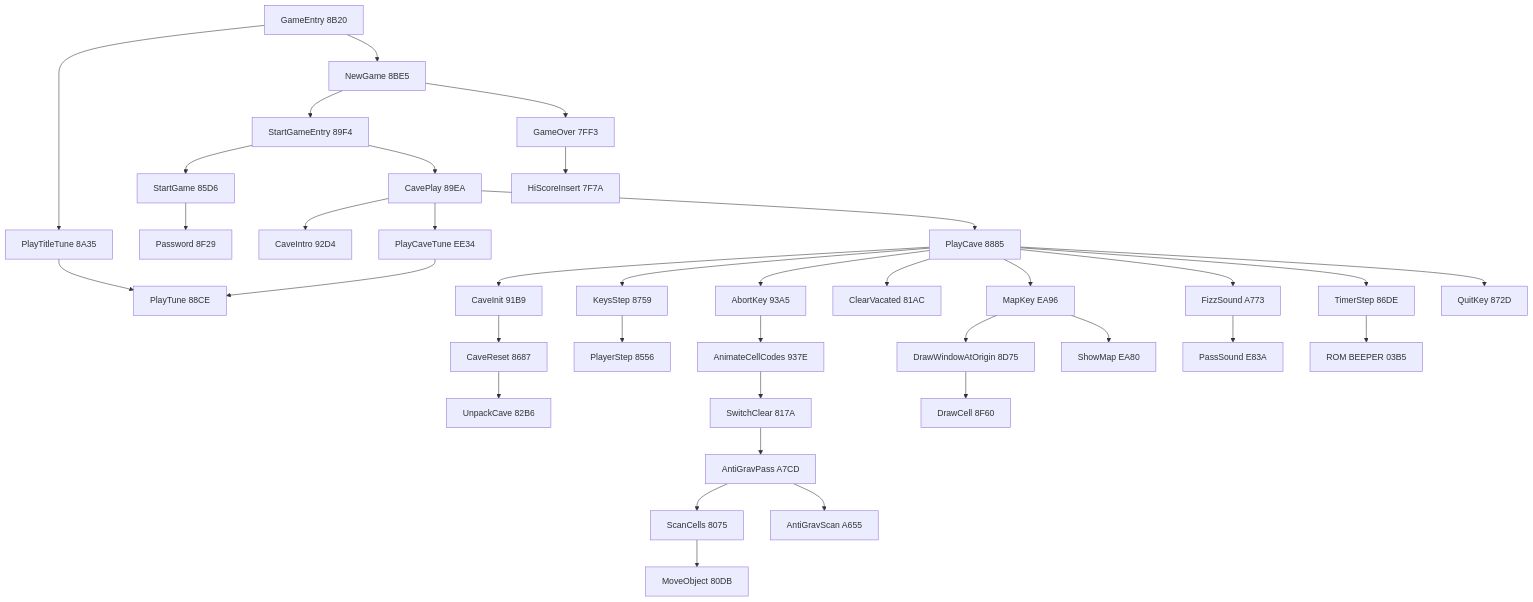
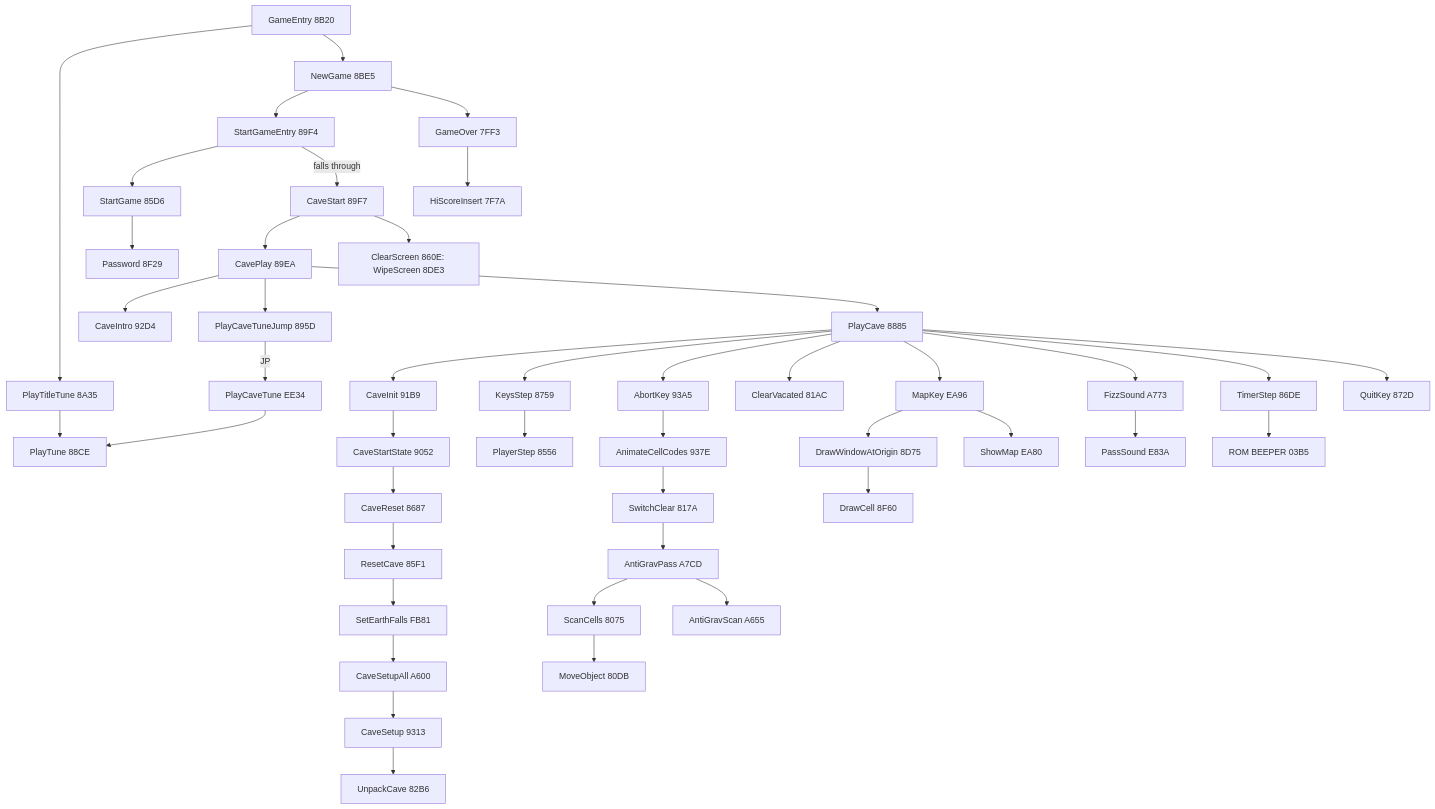
Before and after one commit to alfishe/unrealng-reverse-cases: the second of 3 diagrams in games/earth-shaker/docs/02-architecture.md, drawn with Mermaid. The commit also changed other lines of this file and 52 other files, not shown here.

Commit message:
Earth Shaker: review round 1 fixes (jelly bean, stack depth, menu flow, DigInPlace sound, teleport-599 bug, witness counts recounted, bright quarters)

````diff
--- a/games/earth-shaker/docs/02-architecture.md
+++ b/games/earth-shaker/docs/02-architecture.md
@@ -193,22 +196,25 @@
 ```mermaid
 flowchart TD
     GE["GameEntry 8B20"] --> PTT["PlayTitleTune 8A35"] --> PT["PlayTune 88CE"]
     GE --> NG["NewGame 8BE5"]
     NG --> SGE["StartGameEntry 89F4"] --> SG["StartGame 85D6"] --> PW["Password 8F29"]
-    SGE --> CPL["CavePlay 89EA"]
+    SGE -- "falls through" --> CS["CaveStart 89F7"] --> CPL["CavePlay 89EA"]
+    CS --> CLS["ClearScreen 860E: WipeScreen 8DE3"]
     CPL --> CI["CaveIntro 92D4"]
-    CPL --> PCT["PlayCaveTune EE34"] --> PT
+    CPL --> PCJ["PlayCaveTuneJump 895D"] -- "JP" --> PCT["PlayCaveTune EE34"] --> PT
     CPL --> PC["PlayCave 8885"]
-    PC --> CINIT["CaveInit 91B9"] --> CR["CaveReset 8687"] --> UC["UnpackCave 82B6"]
+    PC --> CINIT["CaveInit 91B9"] --> CSS["CaveStartState 9052"] --> CR["CaveReset 8687"]
+    CR --> RC["ResetCave 85F1"] --> SEF["SetEarthFalls FB81"] --> CSA["CaveSetupAll A600"]
+    CSA --> CSU["CaveSetup 9313"] --> UC["UnpackCave 82B6"]
     PC --> KS["KeysStep 8759"] --> PS["PlayerStep 8556"]
     PC --> AK["AbortKey 93A5"] --> ACC["AnimateCellCodes 937E"] --> SWC["SwitchClear 817A"] --> AGP["AntiGravPass A7CD"]
     AGP --> SC["ScanCells 8075"] --> MO["MoveObject 80DB"]
     AGP --> AGS["AntiGravScan A655"]
     PC --> CV["ClearVacated 81AC"]
     PC --> MK["MapKey EA96"] --> DW["DrawWindowAtOrigin 8D75"] --> DC["DrawCell 8F60"]
     MK --> SM["ShowMap EA80"]
     PC --> FZ["FizzSound A773"] --> PSD["PassSound E83A"]
     PC --> TS["TimerStep 86DE"] --> BEEP["ROM BEEPER 03B5"]
     PC --> QK["QuitKey 872D"]
     NG --> GO["GameOver 7FF3"] --> HSI["HiScoreInsert 7F7A"]
 ```
````
